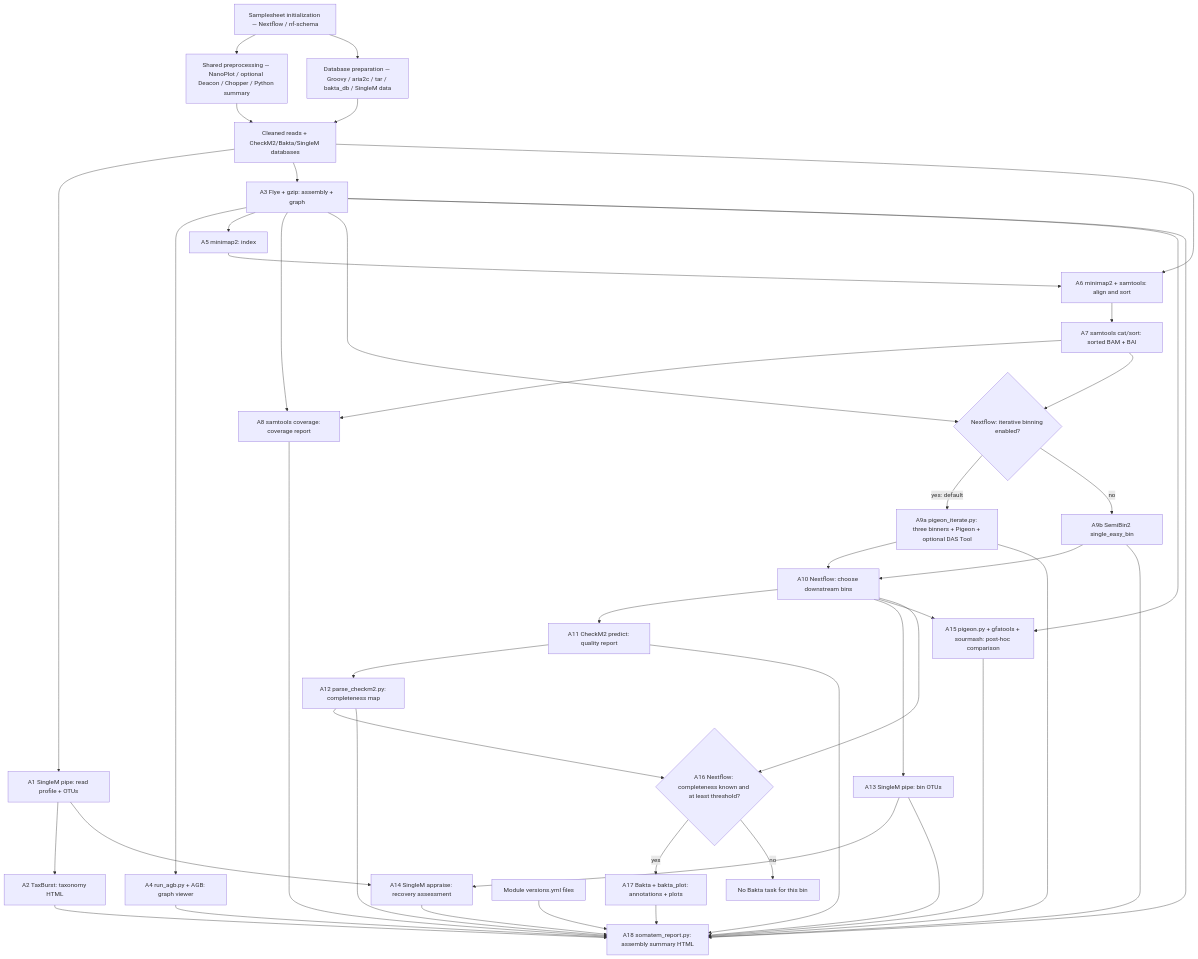
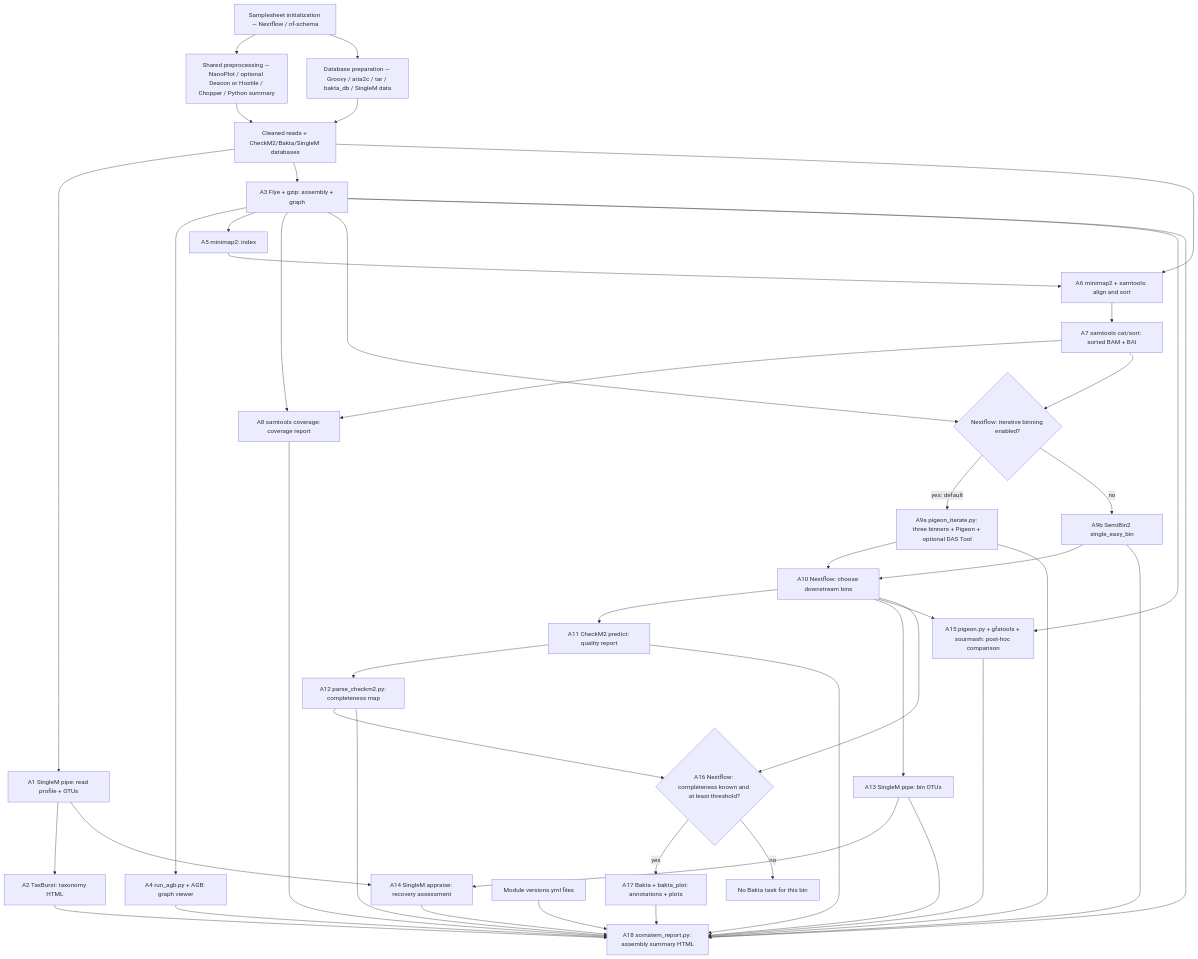
The fifth of 17 diagrams in docs/workflow-breakdown.md (treangenlab/somatem), drawn with Mermaid before and after one commit. The commit also changed other lines of this file and 15 other files, not shown here.

````diff
--- a/docs/workflow-breakdown.md
+++ b/docs/workflow-breakdown.md
@@ -237,48 +237,48 @@
 ```mermaid
 flowchart TD
-    ASTART["Samplesheet initialization — Nextflow / nf-schema"] --> APRE["Shared preprocessing — NanoPlot / optional Deacon / Chopper / Python summary"]
+    ASTART["Samplesheet initialization — Nextflow / nf-schema"] --> APRE["Shared preprocessing — NanoPlot / optional Deacon or Hostile / Chopper / Python summary"]
     ASTART --> ADB["Database preparation — Groovy / aria2c / tar / bakta_db / SingleM data"]
     A0["Cleaned reads + CheckM2/Bakta/SingleM databases"]
     APRE --> A0
     ADB --> A0
     A0 --> A1["A1 SingleM pipe: read profile + OTUs"]
     A1 --> A2["A2 TaxBurst: taxonomy HTML"]
     A0 --> A3["A3 Flye + gzip: assembly + graph"]
     A3 --> A4["A4 run_agb.py + AGB: graph viewer"]
     A3 --> A5["A5 minimap2: index"]
     A5 --> A6["A6 minimap2 + samtools: align and sort"]
     A0 --> A6
     A6 --> A7["A7 samtools cat/sort: sorted BAM + BAI"]
     A7 --> A8["A8 samtools coverage: coverage report"]
     A3 --> A8
     A7 --> A9{"Nextflow: iterative binning enabled?"}
     A3 --> A9
     A9 -->|"yes: default"| A9a["A9a pigeon_iterate.py: three binners + Pigeon + optional DAS Tool"]
     A9 -->|no| A9b["A9b SemiBin2 single_easy_bin"]
     A9a --> A10["A10 Nextflow: choose downstream bins"]
     A9b --> A10
     A10 --> A11["A11 CheckM2 predict: quality report"]
     A11 --> A12["A12 parse_checkm2.py: completeness map"]
     A10 --> A13["A13 SingleM pipe: bin OTUs"]
     A13 --> A14["A14 SingleM appraise: recovery assessment"]
     A1 --> A14
     A10 --> A15["A15 pigeon.py + gfatools + sourmash: post-hoc comparison"]
     A3 --> A15
     A10 --> A16{"A16 Nextflow: completeness known and at least threshold?"}
     A12 --> A16
     A16 -->|yes| A17["A17 Bakta + bakta_plot: annotations + plots"]
     A16 -->|no| ASKIP["No Bakta task for this bin"]
     A2 --> A18["A18 somatem_report.py: assembly summary HTML"]
     A3 --> A18
     A4 --> A18
     A8 --> A18
     A9a --> A18
     A9b --> A18
     A11 --> A18
     A12 --> A18
     A13 --> A18
     A14 --> A18
     A15 --> A18
     A17 --> A18
     AV["Module versions.yml files"] --> A18
 ```
````
